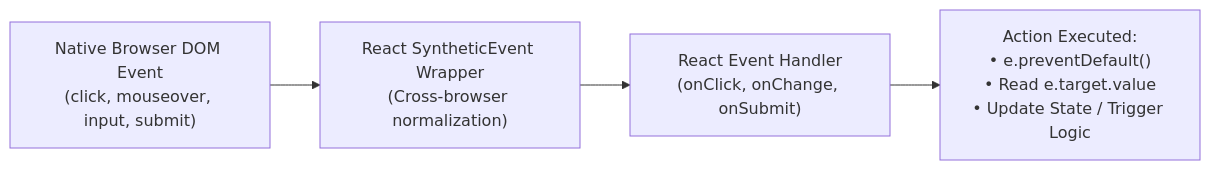
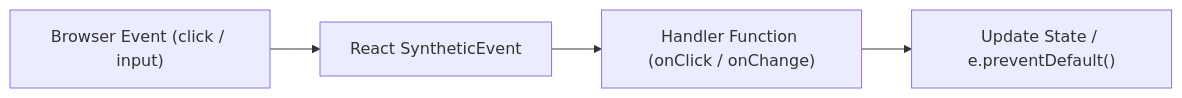
One commit to spant671-ux/React2 changed the seventh of 11 diagrams in notes.md. Above: the diagram before and after it, drawn with Mermaid. The commit also changed other lines of this file and 1 other file, not shown here.

````diff
--- a/notes.md
+++ b/notes.md
@@ -404,6 +325,6 @@
 ```mermaid
 graph LR
-    Native["Native Browser DOM Event<br/>(click, mouseover, input, submit)"] --> Wrapper["React SyntheticEvent Wrapper<br/>(Cross-browser normalization)"]
-    Wrapper --> Handler["React Event Handler<br/>(onClick, onChange, onSubmit)"]
-    Handler --> Action["Action Executed:<br/>• e.preventDefault()<br/>• Read e.target.value<br/>• Update State / Trigger Logic"]
+    BrowserEvent["Browser Event (click / input)"] --> SynthWrapper["React SyntheticEvent"]
+    SynthWrapper --> Handler["Handler Function (onClick / onChange)"]
+    Handler --> Action["Update State / e.preventDefault()"]
 ```
````
